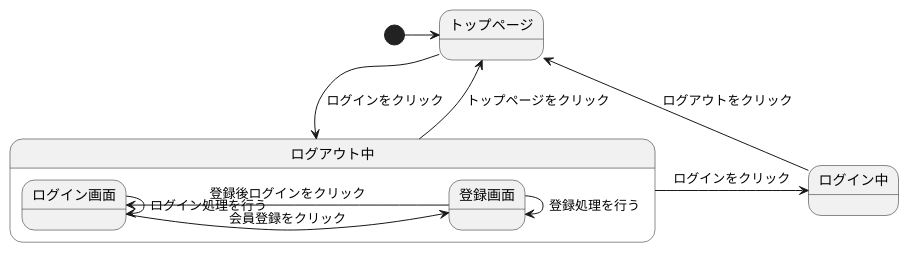
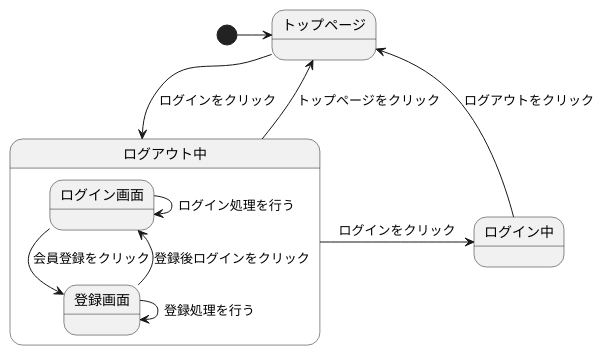
One commit to Aso2001409/2021sys-design changed the diagram in gamen2.md. Above: the diagram before and after it, drawn with PlantUML.

````diff
--- a/gamen2.md
+++ b/gamen2.md
@@ -1,18 +1,18 @@
 ```uml
 @startuml
 [*]->トップページ
 トップページ-->ログアウト中 :ログインをクリック
 ログアウト中->トップページ :トップページをクリック
 ログイン中->トップページ : ログアウトをクリック
 state ログアウト中{
-  ログイン画面->登録画面 :会員登録をクリック
+  ログイン画面-->登録画面 :会員登録をクリック
   ログイン画面->ログイン画面 :ログイン処理を行う
   登録画面->登録画面 :登録処理を行う
-  登録画面-> ログイン画面 :登録後ログインをクリック
+  登録画面--> ログイン画面 :登録後ログインをクリック
 }
 ログアウト中->ログイン中 :ログインをクリック
 state ログイン中{
   
   }
 @enduml
 ```
````
